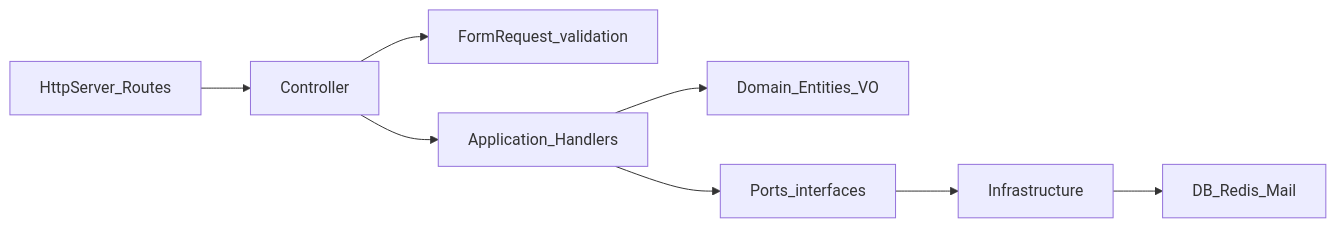
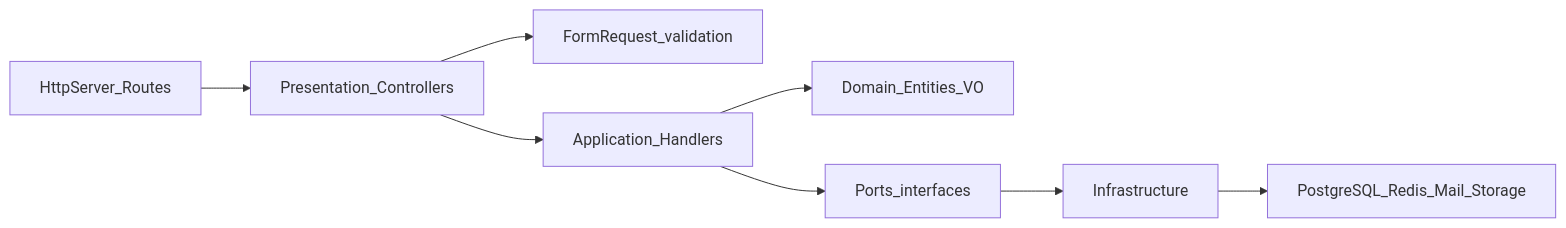
One commit to VictordaSilvaf/hyperf_port changed the diagram in docs/PROJECT.md. Above: the diagram before and after it, drawn with Mermaid. The commit also changed other lines of this file and 124 other files, not shown here.

Commit message:
chore(docs): update environment configuration for PostgreSQL integration

````diff
--- a/docs/PROJECT.md
+++ b/docs/PROJECT.md
@@ -11,10 +11,10 @@
 ```mermaid
 flowchart LR
-  HTTP[HttpServer_Routes] --> Ctrl[Controller]
+  HTTP[HttpServer_Routes] --> Ctrl[Presentation_Controllers]
   Ctrl --> Req[FormRequest_validation]
   Ctrl --> App[Application_Handlers]
   App --> Dom[Domain_Entities_VO]
   App --> Ports[Ports_interfaces]
   Ports --> Infra[Infrastructure]
-  Infra --> Ext[DB_Redis_Mail]
+  Infra --> Ext[PostgreSQL_Redis_Mail_Storage]
 ```
````
